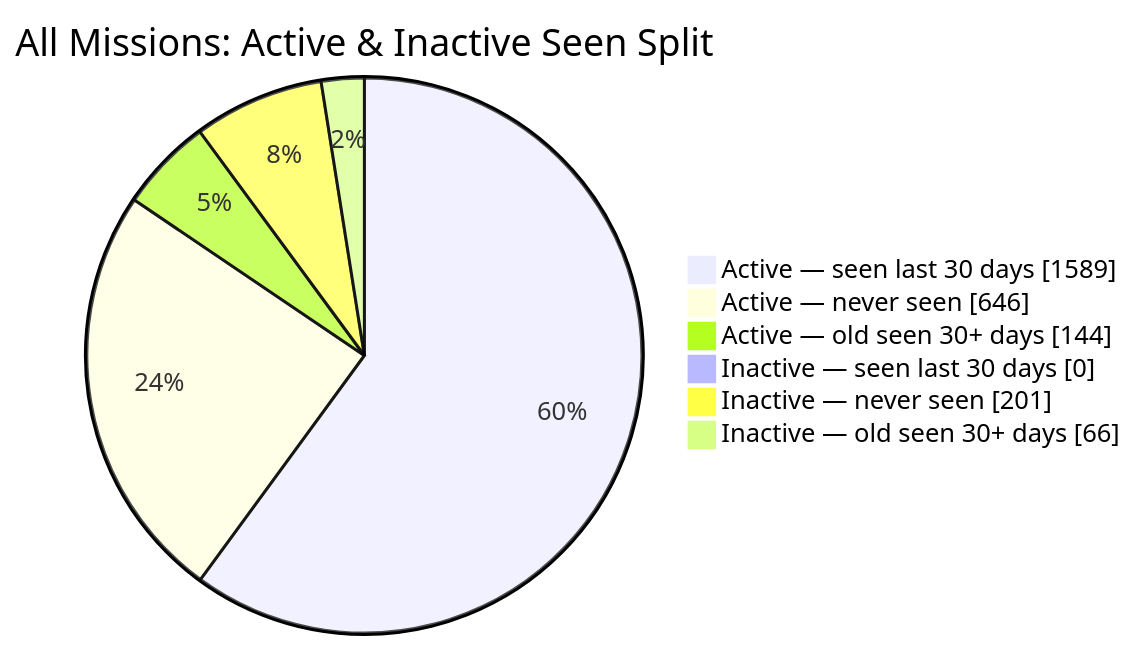
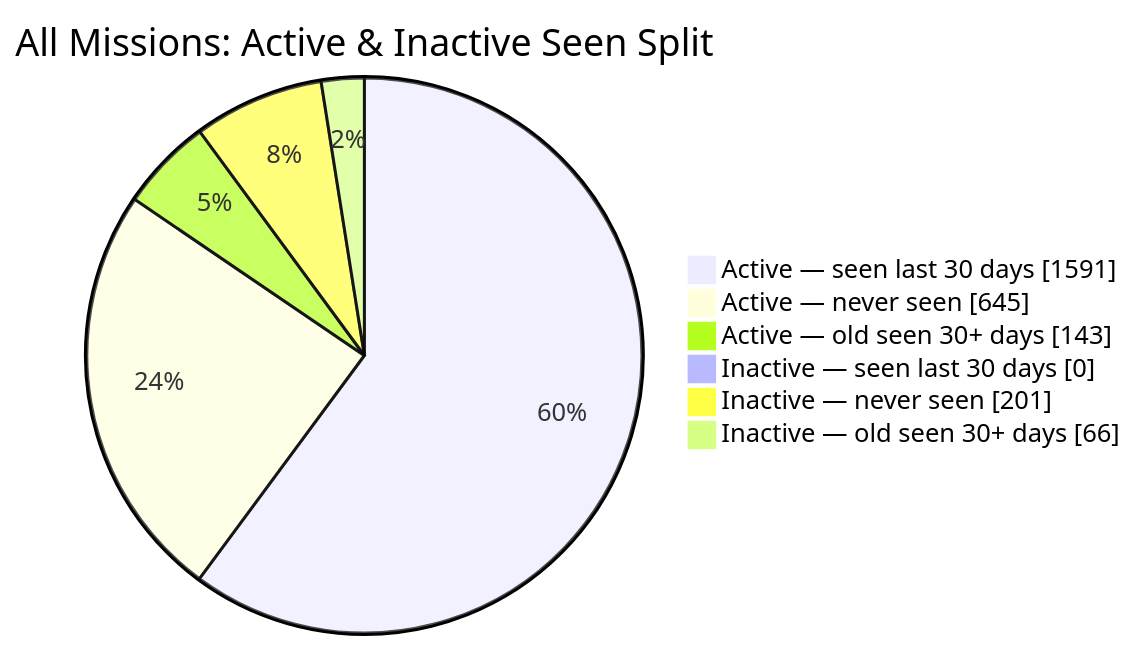
One commit to MeldkamerspelGameTeam/active-missions changed the second of 2 diagrams in README.md. Above: the diagram before and after it, drawn with Mermaid. The commit also changed other lines of this file and 3 other files, not shown here.

````diff
--- a/README.md
+++ b/README.md
@@ -44,10 +44,10 @@
 ```mermaid
 pie showData
     title All Missions: Active & Inactive Seen Split
-    "Active — seen last 30 days" : 1589
-    "Active — never seen" : 646
-    "Active — old seen 30+ days" : 144
+    "Active — seen last 30 days" : 1591
+    "Active — never seen" : 645
+    "Active — old seen 30+ days" : 143
     "Inactive — seen last 30 days" : 0
     "Inactive — never seen" : 201
     "Inactive — old seen 30+ days" : 66
 ```
````
